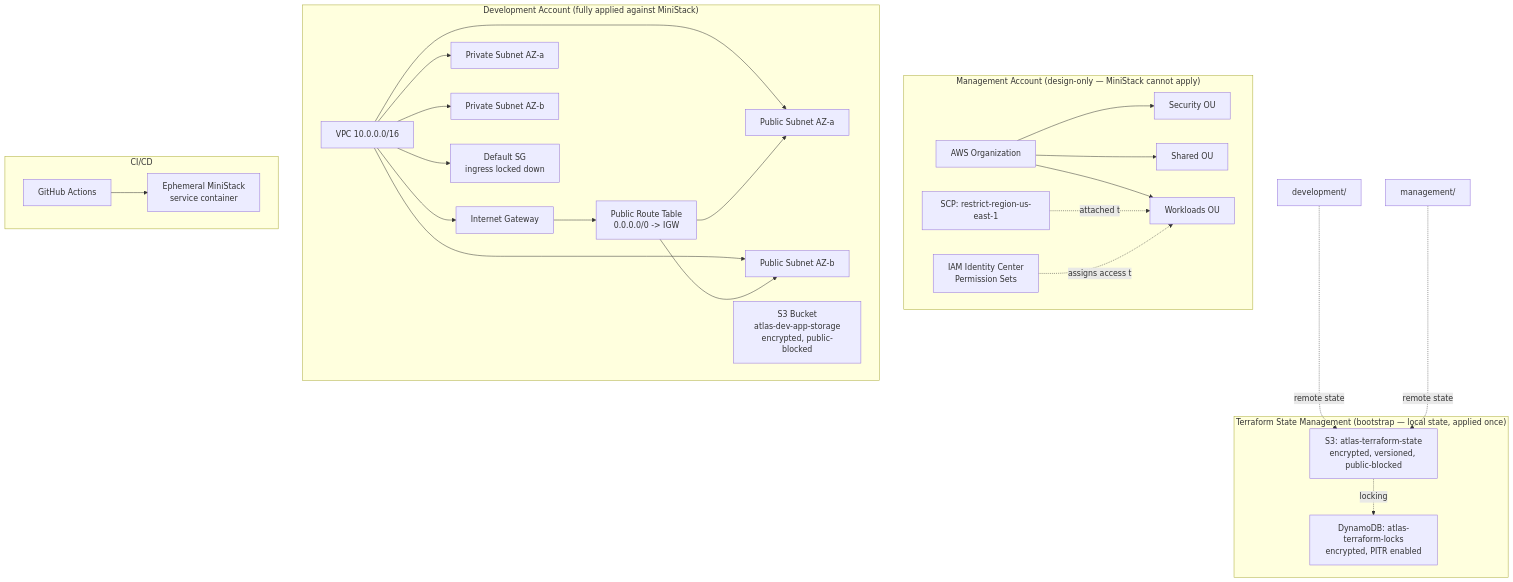
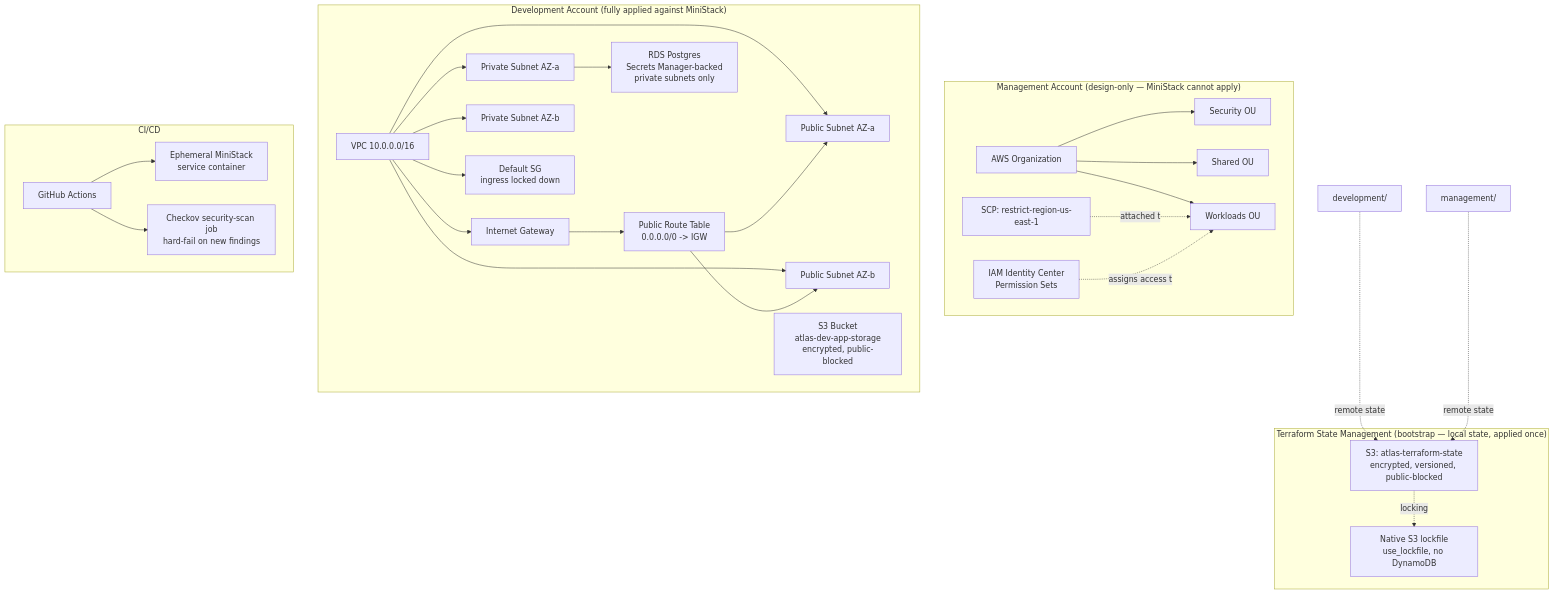
The diagram in README.md (spacecode-art/atlas-foundation), drawn with Mermaid before and after one commit. The commit also changed other lines of this file and 5 other files, not shown here.

````diff
--- a/README.md
+++ b/README.md
@@ -35,54 +54,58 @@
 ```mermaid
 graph TB
     subgraph "Management Account (design-only — MiniStack cannot apply)"
         ORG[AWS Organization]
         OU_SEC[Security OU]
         OU_SHARED[Shared OU]
         OU_WORK[Workloads OU]
         SCP[SCP: restrict-region-us-east-1]
         SSO[IAM Identity Center<br/>Permission Sets]
 
         ORG --> OU_SEC
         ORG --> OU_SHARED
         ORG --> OU_WORK
         SCP -.attached to.-> OU_WORK
         SSO -.assigns access to.-> OU_WORK
     end
 
     subgraph "Development Account (fully applied against MiniStack)"
         VPC[VPC 10.0.0.0/16]
         IGW[Internet Gateway]
         PUB1[Public Subnet AZ-a]
         PUB2[Public Subnet AZ-b]
         PRIV1[Private Subnet AZ-a]
         PRIV2[Private Subnet AZ-b]
         RT[Public Route Table<br/>0.0.0.0/0 -> IGW]
         SG[Default SG<br/>ingress locked down]
         S3[S3 Bucket<br/>atlas-dev-app-storage<br/>encrypted, public-blocked]
+        RDS[RDS Postgres<br/>Secrets Manager-backed<br/>private subnets only]
 
         VPC --> IGW
         VPC --> PUB1
         VPC --> PUB2
         VPC --> PRIV1
         VPC --> PRIV2
         RT --> PUB1
         RT --> PUB2
         IGW --> RT
         VPC --> SG
+        PRIV1 --> RDS
     end
 
     subgraph "Terraform State Management (bootstrap — local state, applied once)"
         STATE_S3[S3: atlas-terraform-state<br/>encrypted, versioned, public-blocked]
-        LOCK[DynamoDB: atlas-terraform-locks<br/>encrypted, PITR enabled]
+        LOCKFILE[Native S3 lockfile<br/>use_lockfile, no DynamoDB]
     end
 
     subgraph "CI/CD"
         GHA[GitHub Actions]
         MINISTACK_CI[Ephemeral MiniStack<br/>service container]
+        CHECKOV[Checkov security-scan job<br/>hard-fail on new findings]
         GHA --> MINISTACK_CI
+        GHA --> CHECKOV
     end
 
     DEV_ENV[development/] -.remote state.-> STATE_S3
     MGMT_ENV[management/] -.remote state.-> STATE_S3
-    STATE_S3 -.locking.-> LOCK
+    STATE_S3 -.locking.-> LOCKFILE
 ```
````
